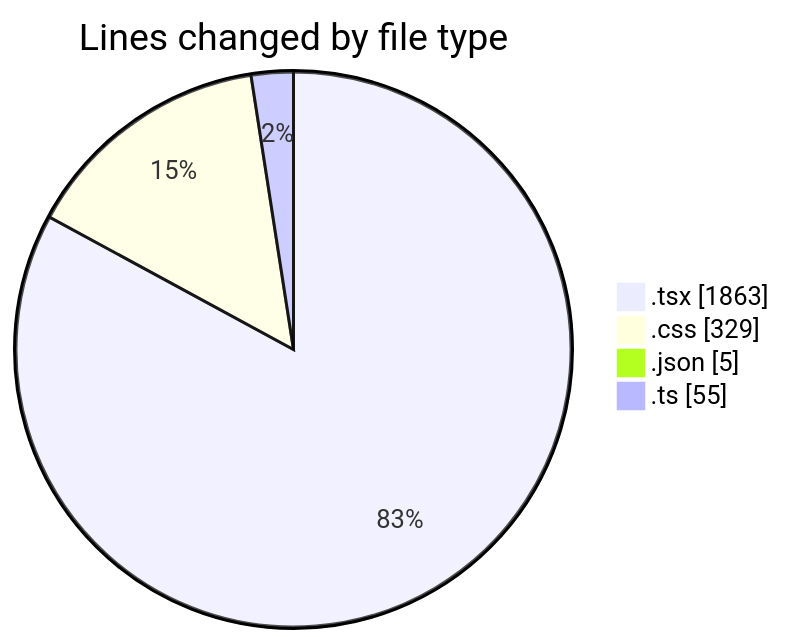
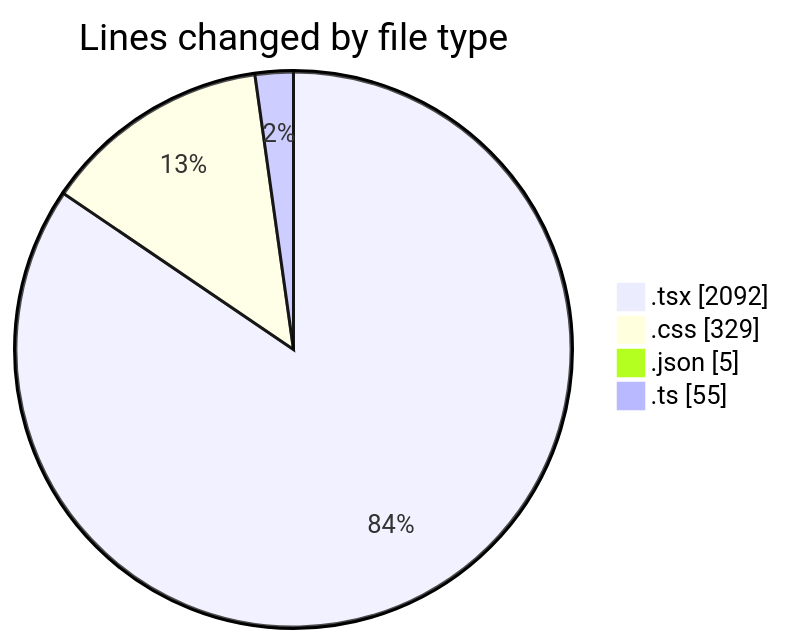
One commit to julien-gomy/code-tracking changed the first of 2 diagrams in 2025-10-10/eventscop-frontend-guide__workspace_/README.md. Above: the diagram before and after it, drawn with Mermaid. The commit also changed other lines of this file and 1 other file, not shown here.

````diff
--- a/2025-10-10/eventscop-frontend-guide__workspace_/README.md
+++ b/2025-10-10/eventscop-frontend-guide__workspace_/README.md
@@ -28,8 +29,8 @@
 ```mermaid
 pie showData
 title Lines changed by file type
-".tsx" : 1863
+".tsx" : 2092
 ".css" : 329
 ".json" : 5
 ".ts" : 55
 ```
````
